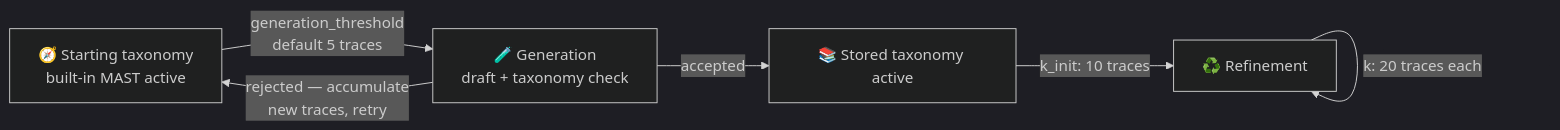
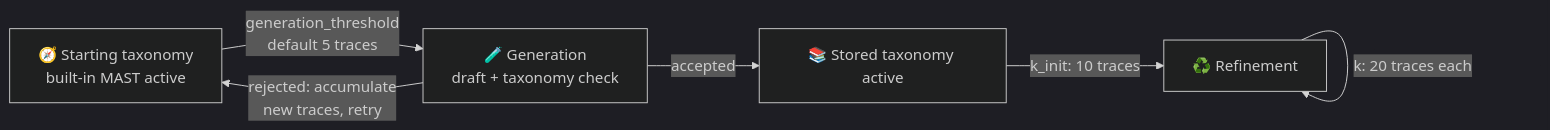
Before and after one commit to multi-agent-systems-failure-taxonomy/AdaMAST: the diagram in docs/TRACES_AND_LEARNING.md, drawn with Mermaid (dark theme). The commit also changed other lines of this file and 45 other files, not shown here.

````diff
--- a/docs/TRACES_AND_LEARNING.md
+++ b/docs/TRACES_AND_LEARNING.md
@@ -13,8 +13,8 @@
 ```mermaid
 flowchart LR
     A["🧭 Starting taxonomy<br/>built-in MAST active"] -->|"generation_threshold<br/>default 5 traces"| B["🧪 Generation<br/>draft + taxonomy check"]
     B -->|accepted| C["📚 Stored taxonomy active"]
-    B -->|"rejected — accumulate<br/>new traces, retry"| A
+    B -->|"rejected: accumulate<br/>new traces, retry"| A
     C -->|"k_init: 10 traces"| D["♻️ Refinement"]
     D -->|"k: 20 traces each"| D
 ```
````
